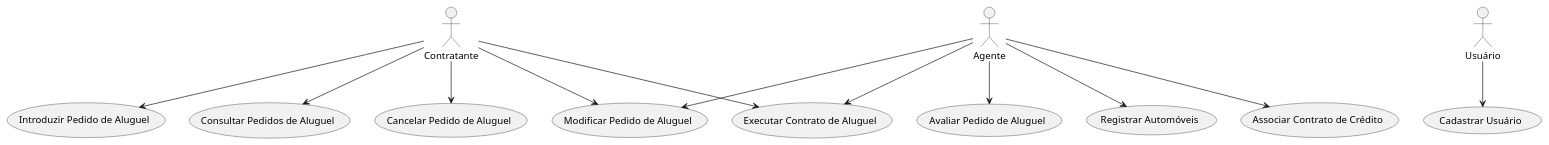
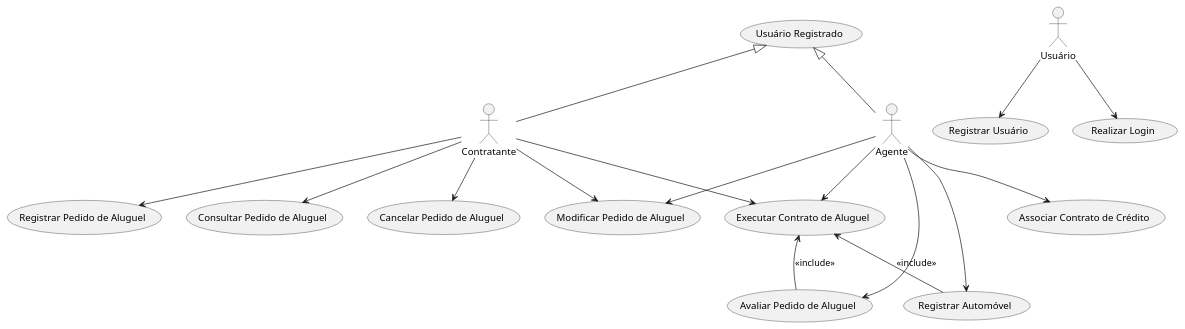
One commit to diascw/sistema-aluguel-de-carros changed the diagram in projeto/Diagramas/diagrama-caso-de-uso.puml. Above: the diagram before and after it, drawn with PlantUML. The commit also changed 3 other files, not shown here.

Commit message:
atualização dos diagramas

```diff
--- a/projeto/Diagramas/diagrama-caso-de-uso.puml
+++ b/projeto/Diagramas/diagrama-caso-de-uso.puml
@@ -1,35 +1,40 @@
 @startuml
 top to bottom direction
 
 actor Contratante
 actor Agente
 actor Usuário
 
+(Usuário Registrado) <|-- (Contratante)
+(Usuário Registrado) <|-- (Agente)
 
+(Registrar Usuário) 
+(Realizar Login)
 
-  (Cadastrar Usuário)
-  (Introduzir Pedido de Aluguel)
-  (Modificar Pedido de Aluguel)
-  (Consultar Pedidos de Aluguel)
-  (Cancelar Pedido de Aluguel)
-  (Executar Contrato de Aluguel)
+(Registrar Pedido de Aluguel)
+(Modificar Pedido de Aluguel)
+(Consultar Pedido de Aluguel)
+(Cancelar Pedido de Aluguel)
+(Executar Contrato de Aluguel)
+(Avaliar Pedido de Aluguel)
+(Registrar Automóvel)
+(Associar Contrato de Crédito)
 
-  (Avaliar Pedido de Aluguel)
-  (Registrar Automóveis)
-  (Associar Contrato de Crédito)
+Usuário --> (Registrar Usuário)
+Usuário --> (Realizar Login)
 
-
-Usuário --> (Cadastrar Usuário)
-
-Contratante --> (Introduzir Pedido de Aluguel)
+Contratante --> (Registrar Pedido de Aluguel)
 Contratante --> (Modificar Pedido de Aluguel)
-Contratante --> (Consultar Pedidos de Aluguel)
+Contratante --> (Consultar Pedido de Aluguel)
 Contratante --> (Cancelar Pedido de Aluguel)
 Contratante --> (Executar Contrato de Aluguel)
 
 Agente --> (Avaliar Pedido de Aluguel)
 Agente --> (Modificar Pedido de Aluguel)
 Agente --> (Executar Contrato de Aluguel)
-Agente --> (Registrar Automóveis)
+Agente --> (Registrar Automóvel)
 Agente --> (Associar Contrato de Crédito)
+
+(Executar Contrato de Aluguel) <-- (Avaliar Pedido de Aluguel): <<include>>
+(Executar Contrato de Aluguel) <-- (Registrar Automóvel): <<include>>
 @enduml
```
